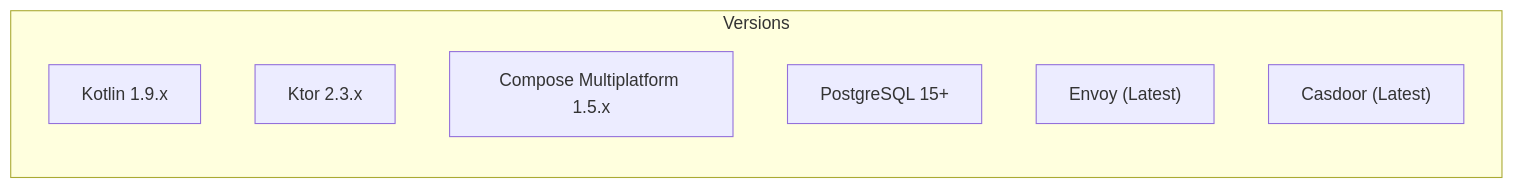
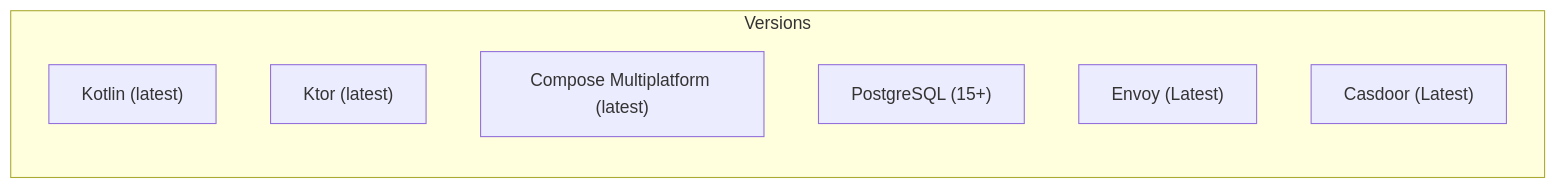
Before and after one commit to otuskotlin/202602-ok-marketplace: the tenth of 10 diagrams in docs/architecture/tech-stack.md, drawn with Mermaid. The commit also changed other lines of this file and 4 other files, not shown here.

````diff
--- a/docs/architecture/tech-stack.md
+++ b/docs/architecture/tech-stack.md
@@ -180,11 +206,11 @@
 ```mermaid
 graph LR
     subgraph "Versions"
-        Kotlin["Kotlin 1.9.x"]
-        Ktor["Ktor 2.3.x"]
-        Compose["Compose Multiplatform 1.5.x"]
-        Postgres["PostgreSQL 15+"]
+        Kotlin["Kotlin (latest)"]
+        Ktor["Ktor (latest)"]
+        Compose["Compose Multiplatform (latest)"]
+        Postgres["PostgreSQL (15+)"]
         Envoy["Envoy (Latest)"]
         Casdoor["Casdoor (Latest)"]
     end
 ```
````
